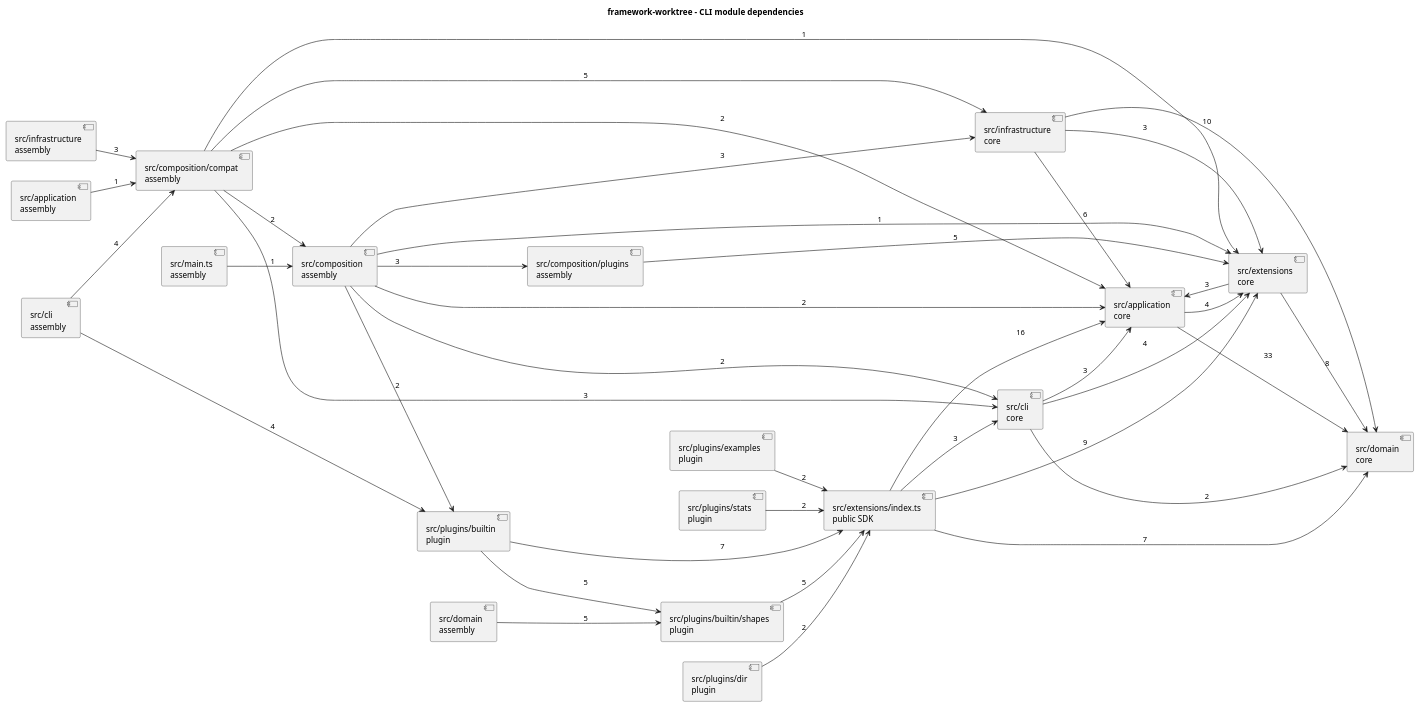
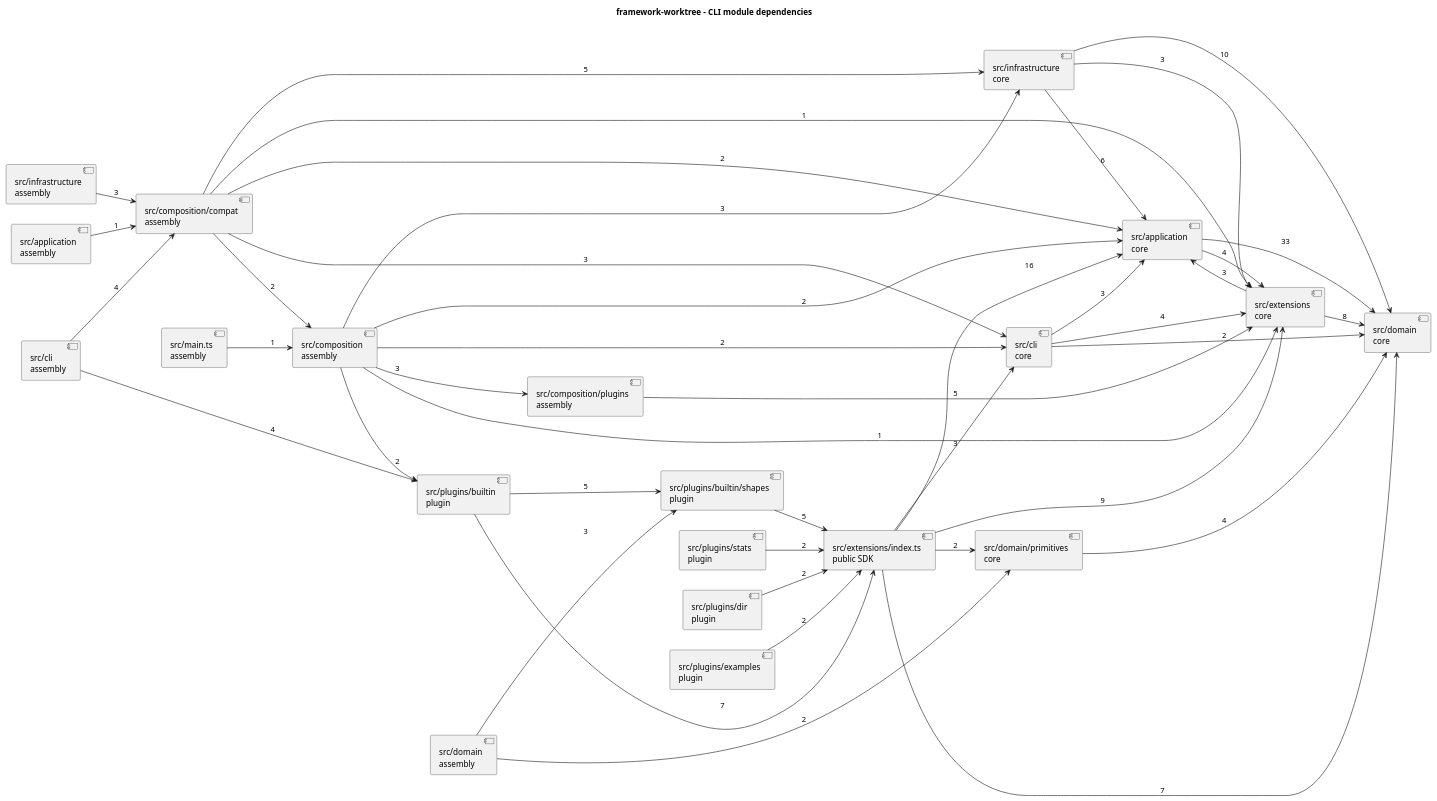
One commit to Fqmmm/SVG-APP changed the diagram in docs/metrics/framework/after.puml. Above: the diagram before and after it, drawn with PlantUML. The commit also changed 23 other files, not shown here.

```diff
--- a/docs/metrics/framework/after.puml
+++ b/docs/metrics/framework/after.puml
@@ -1,61 +1,65 @@
 @startuml
 title framework-worktree - CLI module dependencies
 left to right direction
 component "src/application\ncore" as module0
 component "src/application\nassembly" as module1
 component "src/cli\ncore" as module2
 component "src/cli\nassembly" as module3
 component "src/composition\nassembly" as module4
 component "src/composition/compat\nassembly" as module5
 component "src/composition/plugins\nassembly" as module6
 component "src/domain\ncore" as module7
 component "src/domain\nassembly" as module8
-component "src/extensions\ncore" as module9
-component "src/extensions/index.ts\npublic SDK" as module10
-component "src/infrastructure\nassembly" as module11
-component "src/infrastructure\ncore" as module12
-component "src/main.ts\nassembly" as module13
-component "src/plugins/builtin\nplugin" as module14
-component "src/plugins/builtin/shapes\nplugin" as module15
-component "src/plugins/dir\nplugin" as module16
-component "src/plugins/examples\nplugin" as module17
-component "src/plugins/stats\nplugin" as module18
+component "src/domain/primitives\ncore" as module9
+component "src/extensions\ncore" as module10
+component "src/extensions/index.ts\npublic SDK" as module11
+component "src/infrastructure\nassembly" as module12
+component "src/infrastructure\ncore" as module13
+component "src/main.ts\nassembly" as module14
+component "src/plugins/builtin\nplugin" as module15
+component "src/plugins/builtin/shapes\nplugin" as module16
+component "src/plugins/dir\nplugin" as module17
+component "src/plugins/examples\nplugin" as module18
+component "src/plugins/stats\nplugin" as module19
 module0 --> module7 : 33
-module0 --> module9 : 4
+module0 --> module10 : 4
 module1 --> module5 : 1
 module3 --> module5 : 4
-module3 --> module14 : 4
+module3 --> module15 : 4
 module2 --> module0 : 3
-module2 --> module9 : 4
+module2 --> module10 : 4
 module2 --> module7 : 2
 module4 --> module6 : 3
 module5 --> module0 : 2
 module5 --> module4 : 2
 module5 --> module2 : 3
-module5 --> module12 : 5
-module5 --> module9 : 1
-module4 --> module9 : 1
-module4 --> module14 : 2
+module5 --> module13 : 5
+module5 --> module10 : 1
+module4 --> module10 : 1
+module4 --> module15 : 2
 module4 --> module0 : 2
 module4 --> module2 : 2
-module4 --> module12 : 3
-module6 --> module9 : 5
-module8 --> module15 : 5
-module9 --> module7 : 8
-module9 --> module0 : 3
-module10 --> module7 : 7
-module10 --> module0 : 16
-module10 --> module2 : 3
-module10 --> module9 : 9
-module11 --> module5 : 3
-module12 --> module0 : 6
-module12 --> module7 : 10
-module12 --> module9 : 3
-module13 --> module4 : 1
-module14 --> module10 : 7
-module14 --> module15 : 5
-module15 --> module10 : 5
-module16 --> module10 : 2
-module17 --> module10 : 2
-module18 --> module10 : 2
+module4 --> module13 : 3
+module6 --> module10 : 5
+module8 --> module16 : 3
+module8 --> module9 : 2
+module9 --> module7 : 4
+module10 --> module7 : 8
+module10 --> module0 : 3
+module11 --> module7 : 7
+module11 --> module0 : 16
+module11 --> module2 : 3
+module11 --> module10 : 9
+module11 --> module9 : 2
+module12 --> module5 : 3
+module13 --> module0 : 6
+module13 --> module7 : 10
+module13 --> module10 : 3
+module14 --> module4 : 1
+module15 --> module11 : 7
+module15 --> module16 : 5
+module16 --> module11 : 5
+module17 --> module11 : 2
+module18 --> module11 : 2
+module19 --> module11 : 2
 @enduml
```
